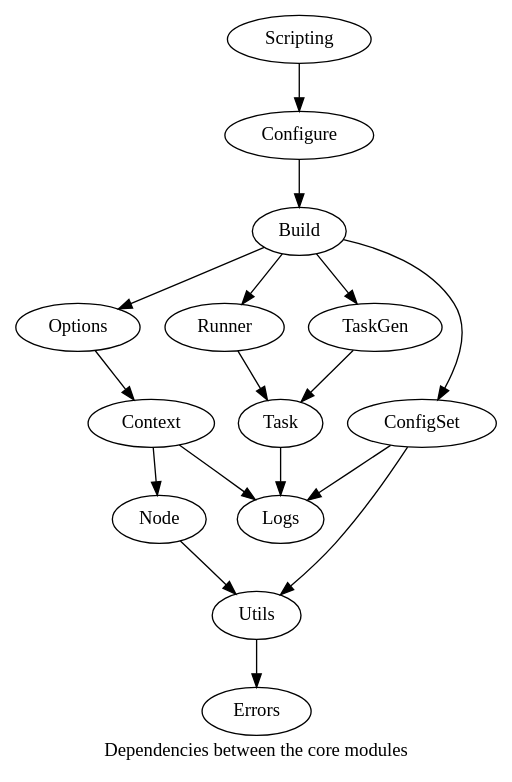
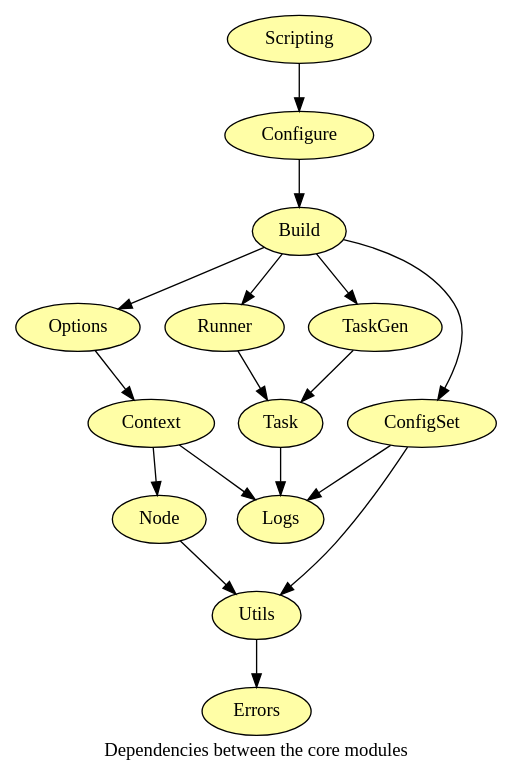
Before and after one commit to silnrsi/smith: the diagram in docs/book/core.dot, drawn with Graphviz. The commit also changed 2 other files, not shown here.

```diff
--- a/docs/book/core.dot
+++ b/docs/book/core.dot
@@ -1,31 +1,45 @@
 digraph G {
 	label="Dependencies between the core modules";
+
+	Build[fillcolor="#fffea6",style=filled]
+	ConfigSet[fillcolor="#fffea6",style=filled]
+	Configure[fillcolor="#fffea6",style=filled]
+	Context[fillcolor="#fffea6",style=filled]
+	Logs[fillcolor="#fffea6",style=filled]
+	Nod3[fillcolor="#fffea6",style=filled, label="Node"]
+	Options[fillcolor="#fffea6",style=filled]
+	Runner[fillcolor="#fffea6",style=filled]
+	Scripting[fillcolor="#fffea6",style=filled]
+	TaskGen[fillcolor="#fffea6",style=filled]
+	Task[fillcolor="#fffea6",style=filled]
+	Utils[fillcolor="#fffea6",style=filled]
+	Errors[fillcolor="#fffea6",style=filled]
 
 	Build -> Runner;
 	Build -> TaskGen;
 	Build -> ConfigSet;
 	Build -> Options;
 
 	ConfigSet -> Utils;
 	ConfigSet -> Logs;
 
 	Configure -> Build;
 
 	Context -> Logs;
-	Context -> "Node";
+	Context -> Nod3;
 
-	"Node" -> Utils;
+	Nod3 -> Utils;
 
 	Options -> Context;
 
 	Runner -> Task;
 
 	Scripting -> Configure;
 
 	TaskGen -> Task;
 
 	//Task -> Utils;
 	Task -> Logs;
 
 	Utils -> Errors;
 }
```
